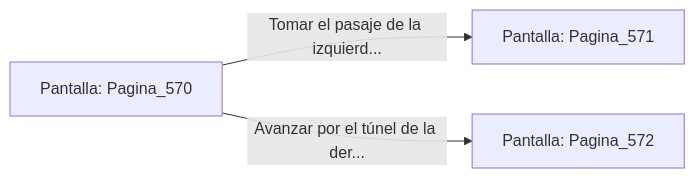
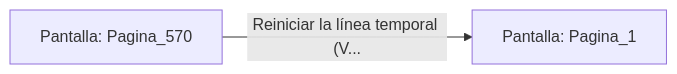
The diagram in sample/eligejuego-vault/Pantalla_Pagina_570.md (metsuke/mpl), drawn with Mermaid before and after one commit. The commit also changed other lines of this file and 635 other files, not shown here.

First line of the commit message:
fix: añadir Pagina_1 como pantalla inicial en capitulo_01.mpl

````diff
--- a/sample/eligejuego-vault/Pantalla_Pagina_570.md
+++ b/sample/eligejuego-vault/Pantalla_Pagina_570.md
@@ -20,6 +17,5 @@
 ```mermaid
 graph LR
     P_Pagina_570["Pantalla: Pagina_570"]
-    P_Pagina_570 -->|"Tomar el pasaje de la izquierd..."| P_Pagina_571["Pantalla: Pagina_571"]
-    P_Pagina_570 -->|"Avanzar por el túnel de la der..."| P_Pagina_572["Pantalla: Pagina_572"]
+    P_Pagina_570 -->|"Reiniciar la línea temporal (V..."| P_Pagina_1["Pantalla: Pagina_1"]
 ```
````
